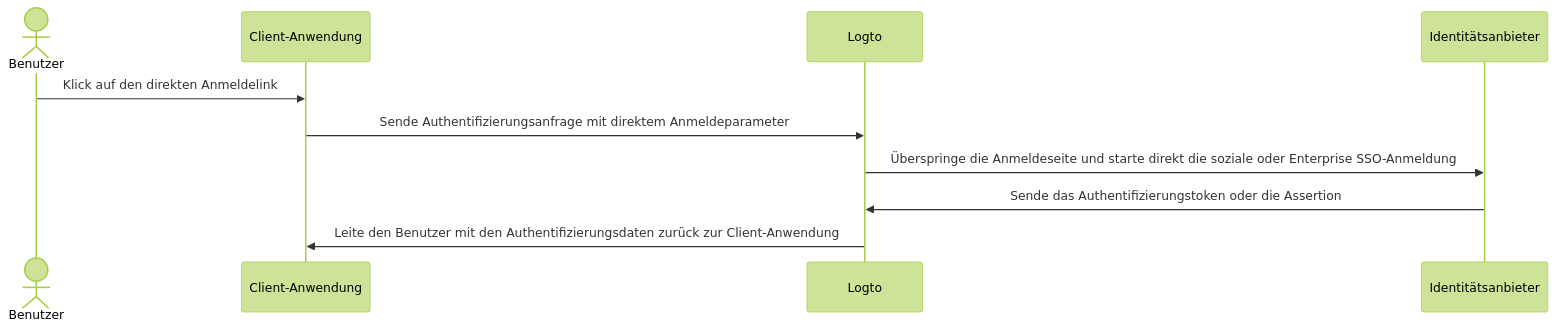
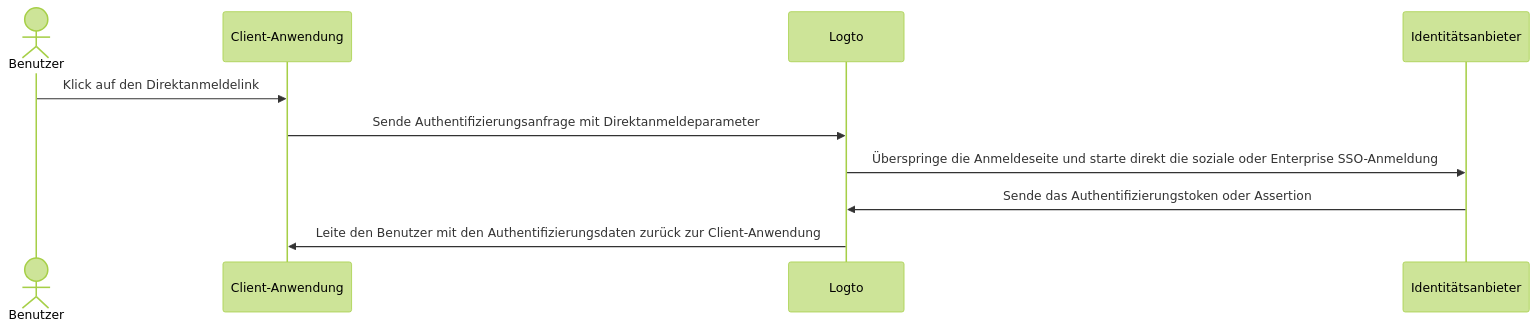
Before and after one commit to logto-io/docs: the diagram in i18n/de/docusaurus-plugin-content-docs/current/end-user-flows/authentication-parameters/direct-sign-in.mdx, drawn with Mermaid (forest theme). The commit also changed other lines of this file and 63 other files, not shown here.

````diff
--- a/i18n/de/docusaurus-plugin-content-docs/current/end-user-flows/authentication-parameters/direct-sign-in.mdx
+++ b/i18n/de/docusaurus-plugin-content-docs/current/end-user-flows/authentication-parameters/direct-sign-in.mdx
@@ -11,13 +11,13 @@
 ```mermaid
 sequenceDiagram
     actor user as Benutzer
     participant app as Client-Anwendung
     participant logto as Logto
     participant idp as Identitätsanbieter
 
-    user->>app: Klick auf den direkten Anmeldelink
-    app->>logto: Sende Authentifizierungsanfrage mit direktem Anmeldeparameter
+    user->>app: Klick auf den Direktanmeldelink
+    app->>logto: Sende Authentifizierungsanfrage mit Direktanmeldeparameter
     logto->>idp: Überspringe die Anmeldeseite und starte direkt die soziale oder Enterprise SSO-Anmeldung
-    idp->>logto: Sende das Authentifizierungstoken oder die Assertion
+    idp->>logto: Sende das Authentifizierungstoken oder Assertion
     logto->>app: Leite den Benutzer mit den Authentifizierungsdaten zurück zur Client-Anwendung
 ```
````
